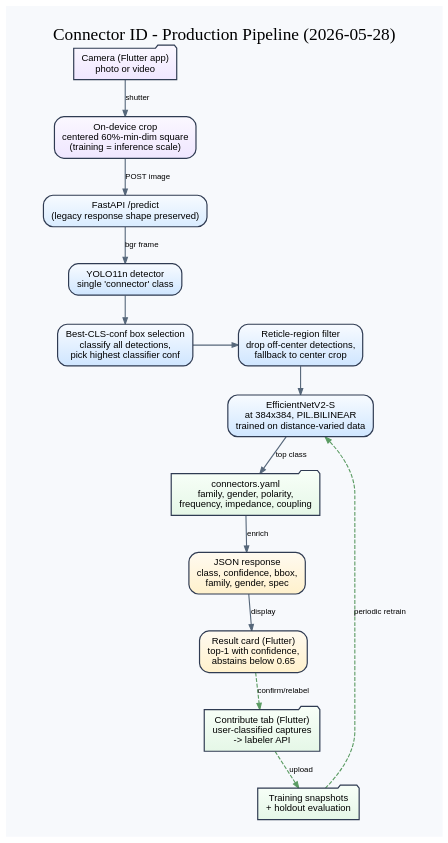
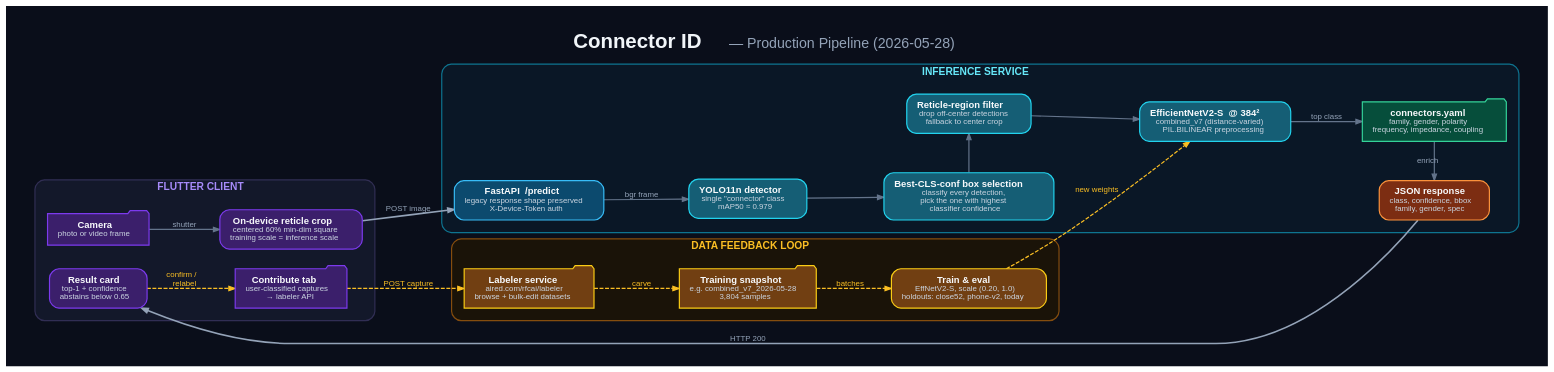
One commit to probably-on-fire/hotdogornot changed the diagram in docs/README_ARCHITECTURE.dot. Above: the diagram before and after it, drawn with Graphviz. The commit also changed 2 other files, not shown here.

Commit message:
docs: dark-themed architecture diagram with cluster grouping + LR layout
Redesign of docs/README_ARCHITECTURE.{dot,png,svg}:
- Dark background (#0a0e1a) with HTML labels for richer text styling
- Three subgraph clusters with distinct accent colors: Flutter Client (purple),
  Inference Service (cyan), Data Feedback Loop (amber)
- LR (left-to-right) layout instead of TB — reads naturally as a pipeline,
  data feedback loop wraps back at the bottom via dashed amber arrows
- Each node shows a bold title + smaller descriptive subtitle for context
- Rank constraints scoped inside their cluster so layout doesn't break

Rendered on box (graphviz 2.43.0). Same .dot is committed so anyone can
regenerate via 'dot -Tpng -Gdpi=120 docs/README_ARCHITECTURE.dot -o ...'.

```diff
--- a/docs/README_ARCHITECTURE.dot
+++ b/docs/README_ARCHITECTURE.dot
@@ -1,130 +1,193 @@
-digraph ConnectorIDReadmeArchitecture {
+digraph ConnectorIDArchitecture {
   graph [
-    label="Connector ID - Production Pipeline (2026-05-28)";
-    labelloc=t;
-    fontsize=22;
-    fontname="Arial Bold";
-    bgcolor="#f7f9fc";
-    pad=0.3;
-    rankdir=TB;
-    ranksep=0.5;
-    nodesep=0.4;
-    splines=spline;
-    outputorder=edgesfirst;
+    label = <<FONT POINT-SIZE="26" COLOR="#f1f5f9"><B>Connector ID</B></FONT> <FONT POINT-SIZE="18" COLOR="#94a3b8">— Production Pipeline (2026-05-28)</FONT>>;
+    labelloc = t;
+    labeljust = c;
+    fontname = "Helvetica";
+    bgcolor = "#0a0e1a";
+    pad = 0.4;
+    rankdir = LR;
+    ranksep = 0.6;
+    nodesep = 0.35;
+    splines = spline;
+    outputorder = edgesfirst;
+    fontcolor = "#f1f5f9";
   ];
 
   node [
-    shape=box;
-    style="rounded,filled";
-    fontname="Arial";
-    fontsize=12;
-    margin="0.14,0.10";
-    color="#2f3b52";
-    penwidth=1.5;
+    shape = box;
+    style = "rounded,filled";
+    fontname = "Helvetica";
+    fontsize = 12;
+    fontcolor = "#f8fafc";
+    color = "#1e293b";
+    penwidth = 1.5;
+    margin = "0.18,0.12";
+    height = 0.4;
   ];
 
   edge [
-    fontname="Arial";
-    fontsize=10;
-    color="#56677a";
-    arrowsize=0.8;
-    penwidth=1.4;
+    fontname = "Helvetica";
+    fontsize = 10;
+    color = "#64748b";
+    fontcolor = "#94a3b8";
+    arrowsize = 0.8;
+    penwidth = 1.5;
   ];
 
-  // --- Client side ---
-  camera [
-    label="Camera (Flutter app)\nphoto or video";
-    shape=folder;
-    fillcolor="#efe6ff:#fbf8ff";
-    gradientangle=90;
-  ];
+  // ============================================================
+  // CLIENT
+  // ============================================================
+  subgraph cluster_client {
+    label = <<FONT POINT-SIZE="13" COLOR="#a78bfa"><B>FLUTTER CLIENT</B></FONT>>;
+    style = "rounded,filled";
+    fillcolor = "#13182a";
+    color = "#312e54";
+    penwidth = 1.5;
+    fontname = "Helvetica";
+    margin = 16;
 
-  reticle [
-    label="On-device crop\ncentered 60%-min-dim square\n(training = inference scale)";
-    fillcolor="#efe6ff:#fbf8ff";
-    gradientangle=90;
-  ];
+    camera [
+      label = <<B>Camera</B><BR/><FONT POINT-SIZE="10" COLOR="#cbd5e1">photo or video frame</FONT>>;
+      shape = folder;
+      fillcolor = "#3b1f6b";
+      color = "#7c3aed";
+    ];
 
-  // --- API boundary ---
-  api [
-    label="FastAPI /predict\n(legacy response shape preserved)";
-    fillcolor="#d9ecff:#f7fbff";
-    gradientangle=90;
-  ];
+    reticle [
+      label = <<B>On-device reticle crop</B><BR/><FONT POINT-SIZE="10" COLOR="#cbd5e1">centered 60% min-dim square<BR/>training scale = inference scale</FONT>>;
+      fillcolor = "#3b1f6b";
+      color = "#7c3aed";
+    ];
 
-  // --- Inference path ---
-  detector [
-    label="YOLO11n detector\nsingle 'connector' class";
-    fillcolor="#cfe6ff:#f8fbff";
-    gradientangle=90;
-  ];
+    result [
+      label = <<B>Result card</B><BR/><FONT POINT-SIZE="10" COLOR="#cbd5e1">top-1 + confidence<BR/>abstains below 0.65</FONT>>;
+      fillcolor = "#3b1f6b";
+      color = "#7c3aed";
+    ];
 
-  bestbox [
-    label="Best-CLS-conf box selection\nclassify all detections,\npick highest classifier conf";
-    fillcolor="#cfe6ff:#f8fbff";
-    gradientangle=90;
-  ];
+    contribute [
+      label = <<B>Contribute tab</B><BR/><FONT POINT-SIZE="10" COLOR="#cbd5e1">user-classified captures<BR/>→ labeler API</FONT>>;
+      shape = folder;
+      fillcolor = "#3b1f6b";
+      color = "#7c3aed";
+    ];
+  }
 
-  reticlefilter [
-    label="Reticle-region filter\ndrop off-center detections,\nfallback to center crop";
-    fillcolor="#cfe6ff:#f8fbff";
-    gradientangle=90;
-  ];
+  // ============================================================
+  // SERVER — inference path
+  // ============================================================
+  subgraph cluster_server {
+    label = <<FONT POINT-SIZE="13" COLOR="#67e8f9"><B>INFERENCE SERVICE</B></FONT>>;
+    style = "rounded,filled";
+    fillcolor = "#0a1726";
+    color = "#0e7490";
+    penwidth = 1.5;
+    fontname = "Helvetica";
+    margin = 16;
 
-  classifier [
-    label="EfficientNetV2-S\nat 384x384, PIL.BILINEAR\ntrained on distance-varied data";
-    fillcolor="#cfe6ff:#f8fbff";
-    gradientangle=90;
-  ];
+    api [
+      label = <<B>FastAPI  /predict</B><BR/><FONT POINT-SIZE="10" COLOR="#cbd5e1">legacy response shape preserved<BR/>X-Device-Token auth</FONT>>;
+      fillcolor = "#0c4a6e";
+      color = "#38bdf8";
+    ];
 
-  // --- Output side ---
-  specs [
-    label="connectors.yaml\nfamily, gender, polarity,\nfrequency, impedance, coupling";
-    shape=folder;
-    fillcolor="#e5f7e7:#f8fff8";
-    gradientangle=90;
-  ];
+    detector [
+      label = <<B>YOLO11n detector</B><BR/><FONT POINT-SIZE="10" COLOR="#cbd5e1">single "connector" class<BR/>mAP50 ≈ 0.979</FONT>>;
+      fillcolor = "#155e75";
+      color = "#22d3ee";
+    ];
 
-  response [
-    label="JSON response\nclass, confidence, bbox,\nfamily, gender, spec";
-    fillcolor="#fff1cc:#fffaf0";
-    gradientangle=90;
-  ];
+    bestbox [
+      label = <<B>Best-CLS-conf box selection</B><BR/><FONT POINT-SIZE="10" COLOR="#cbd5e1">classify every detection,<BR/>pick the one with highest<BR/>classifier confidence</FONT>>;
+      fillcolor = "#155e75";
+      color = "#22d3ee";
+    ];
 
-  result [
-    label="Result card (Flutter)\ntop-1 with confidence,\nabstains below 0.65";
-    fillcolor="#fff1cc:#fffaf0";
-    gradientangle=90;
-  ];
+    reticlefilter [
+      label = <<B>Reticle-region filter</B><BR/><FONT POINT-SIZE="10" COLOR="#cbd5e1">drop off-center detections<BR/>fallback to center crop</FONT>>;
+      fillcolor = "#155e75";
+      color = "#22d3ee";
+    ];
 
-  // --- Data loop ---
-  contribute [
-    label="Contribute tab (Flutter)\nuser-classified captures\n-> labeler API";
-    shape=folder;
-    fillcolor="#e5f7e7:#f8fff8";
-    gradientangle=90;
-  ];
+    classifier [
+      label = <<B>EfficientNetV2-S  @ 384²</B><BR/><FONT POINT-SIZE="10" COLOR="#cbd5e1">combined_v7 (distance-varied)<BR/>PIL.BILINEAR preprocessing</FONT>>;
+      fillcolor = "#155e75";
+      color = "#22d3ee";
+    ];
 
-  train [
-    label="Training snapshots\n+ holdout evaluation";
-    shape=folder;
-    fillcolor="#e5f7e7:#f8fff8";
-    gradientangle=90;
-  ];
+    specs [
+      label = <<B>connectors.yaml</B><BR/><FONT POINT-SIZE="10" COLOR="#cbd5e1">family, gender, polarity<BR/>frequency, impedance, coupling</FONT>>;
+      shape = folder;
+      fillcolor = "#064e3b";
+      color = "#34d399";
+    ];
 
-  // --- Wiring ---
-  camera -> reticle [label="shutter"];
-  reticle -> api [label="POST image"];
-  api -> detector [label="bgr frame"];
+    response [
+      label = <<B>JSON response</B><BR/><FONT POINT-SIZE="10" COLOR="#cbd5e1">class, confidence, bbox<BR/>family, gender, spec</FONT>>;
+      fillcolor = "#7c2d12";
+      color = "#fb923c";
+    ];
+
+    // Keep best-CLS-conf + reticle-filter side-by-side inside this cluster
+    { rank = same; bestbox; reticlefilter; }
+    // Keep spec lookup + JSON response side-by-side inside this cluster
+    { rank = same; specs; response; }
+  }
+
+  // ============================================================
+  // DATA LOOP
+  // ============================================================
+  subgraph cluster_data {
+    label = <<FONT POINT-SIZE="13" COLOR="#fbbf24"><B>DATA FEEDBACK LOOP</B></FONT>>;
+    style = "rounded,filled";
+    fillcolor = "#1a1308";
+    color = "#854d0e";
+    penwidth = 1.5;
+    fontname = "Helvetica";
+    margin = 16;
+
+    labeler [
+      label = <<B>Labeler service</B><BR/><FONT POINT-SIZE="10" COLOR="#cbd5e1">aired.com/rfcai/labeler<BR/>browse + bulk-edit datasets</FONT>>;
+      shape = folder;
+      fillcolor = "#713f12";
+      color = "#facc15";
+    ];
+
+    snapshot [
+      label = <<B>Training snapshot</B><BR/><FONT POINT-SIZE="10" COLOR="#cbd5e1">e.g. combined_v7_2026-05-28<BR/>3,804 samples</FONT>>;
+      shape = folder;
+      fillcolor = "#713f12";
+      color = "#facc15";
+    ];
+
+    train [
+      label = <<B>Train &amp; eval</B><BR/><FONT POINT-SIZE="10" COLOR="#cbd5e1">EffNetV2-S, scale (0.20, 1.0)<BR/>holdouts: close52, phone-v2, today</FONT>>;
+      fillcolor = "#713f12";
+      color = "#facc15";
+    ];
+  }
+
+  // ============================================================
+  // WIRING — primary inference path
+  // ============================================================
+  camera -> reticle [label = " shutter"];
+  reticle -> api [label = " POST image", penwidth = 2.0, color = "#94a3b8"];
+  api -> detector [label = " bgr frame"];
   detector -> bestbox;
   bestbox -> reticlefilter;
   reticlefilter -> classifier;
-  classifier -> specs [label="top class"];
-  specs -> response [label="enrich"];
-  response -> result [label="display"];
-  result -> contribute [label="confirm/relabel", style=dashed, color="#5a9b62"];
-  contribute -> train [label="upload", style=dashed, color="#5a9b62"];
-  train -> classifier [label="periodic retrain", style=dashed, color="#5a9b62"];
+  classifier -> specs [label = " top class"];
+  specs -> response [label = " enrich"];
+  response -> result [label = " HTTP 200", penwidth = 2.0, color = "#94a3b8"];
 
-  { rank=same; bestbox; reticlefilter; }
+  // ============================================================
+  // WIRING — data feedback loop
+  // ============================================================
+  result -> contribute [label = " confirm /\l relabel", style = dashed, color = "#fbbf24", fontcolor = "#fbbf24"];
+  contribute -> labeler [label = " POST capture", style = dashed, color = "#fbbf24", fontcolor = "#fbbf24"];
+  labeler -> snapshot [label = " carve", style = dashed, color = "#fbbf24", fontcolor = "#fbbf24"];
+  snapshot -> train [label = " batches", style = dashed, color = "#fbbf24", fontcolor = "#fbbf24"];
+  train -> classifier [label = " new weights", style = dashed, color = "#fbbf24", fontcolor = "#fbbf24"];
+
 }
```
